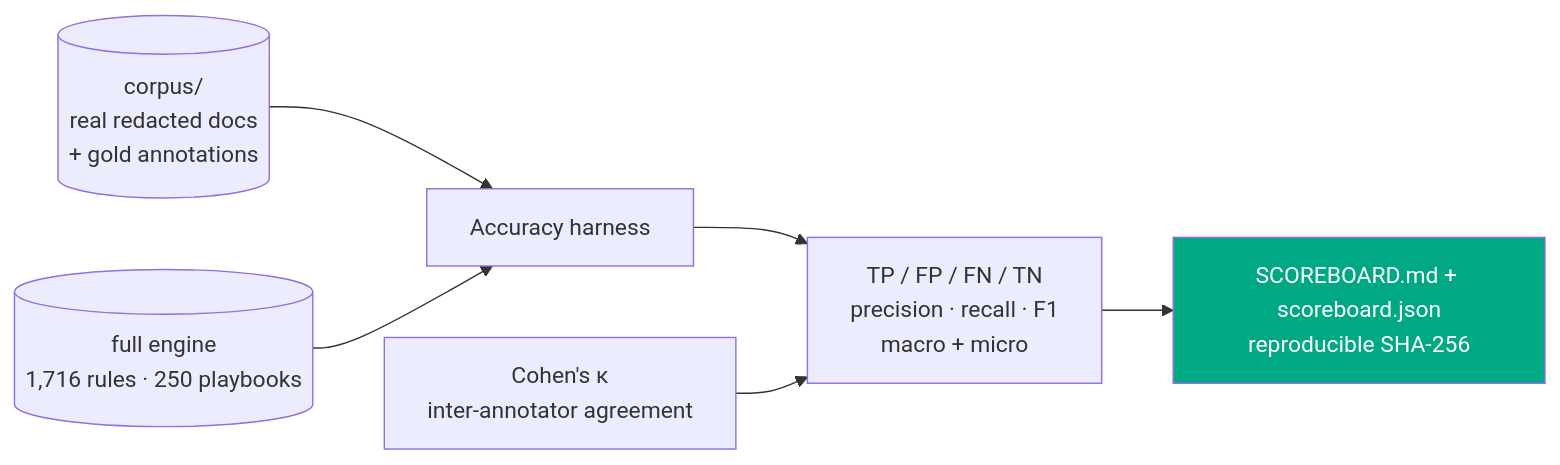
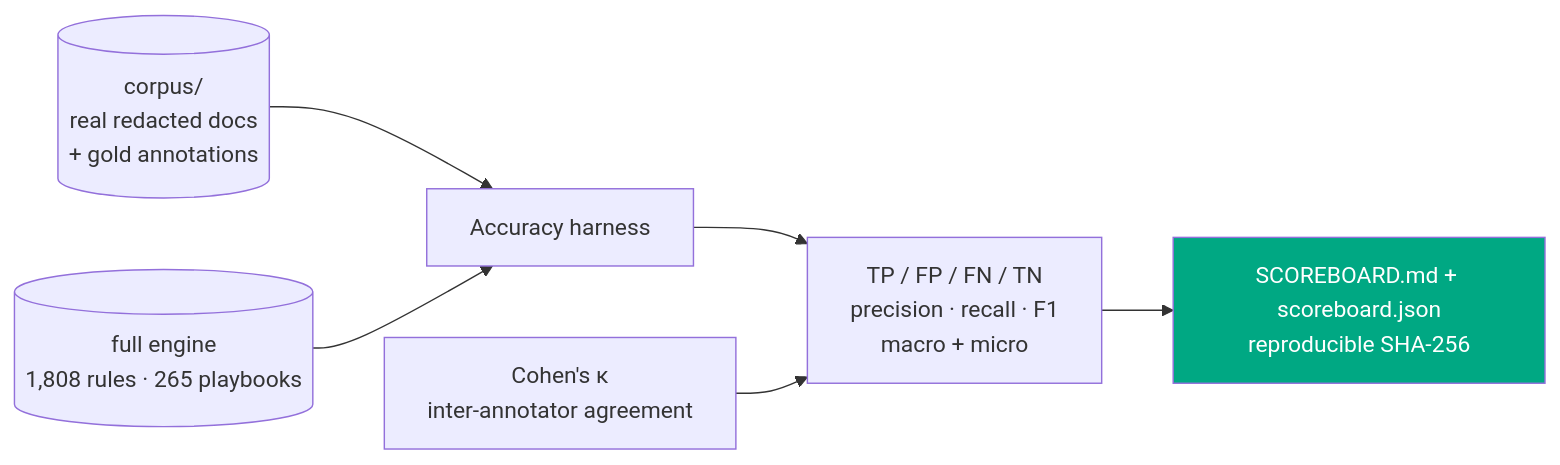
One commit to clay-good/vaulytica changed the seventh of 11 diagrams in README.md. Above: the diagram before and after it, drawn with Mermaid. The commit also changed other lines of this file and 41 other files, not shown here.

````diff
--- a/README.md
+++ b/README.md
@@ -1209,9 +1210,9 @@
 ```mermaid
 flowchart LR
   C[(corpus/<br/>real redacted docs<br/>+ gold annotations)] --> H[Accuracy harness]
-  R[(full engine<br/>1,716 rules · 250 playbooks)] --> H
+  R[(full engine<br/>1,808 rules · 265 playbooks)] --> H
   H --> M[TP / FP / FN / TN<br/>precision · recall · F1<br/>macro + micro]
   M --> S[SCOREBOARD.md + scoreboard.json<br/>reproducible SHA-256]
   K[Cohen's κ<br/>inter-annotator agreement] --> M
   style S fill:#00A883,color:#fff
 ```
````
